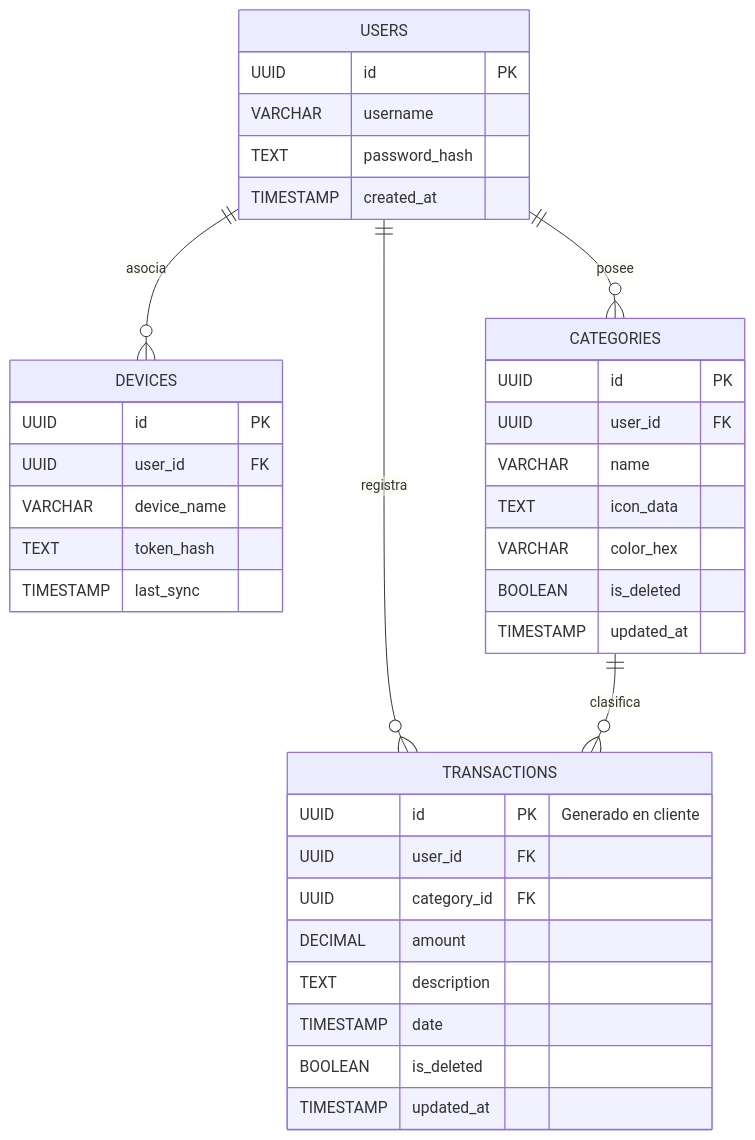
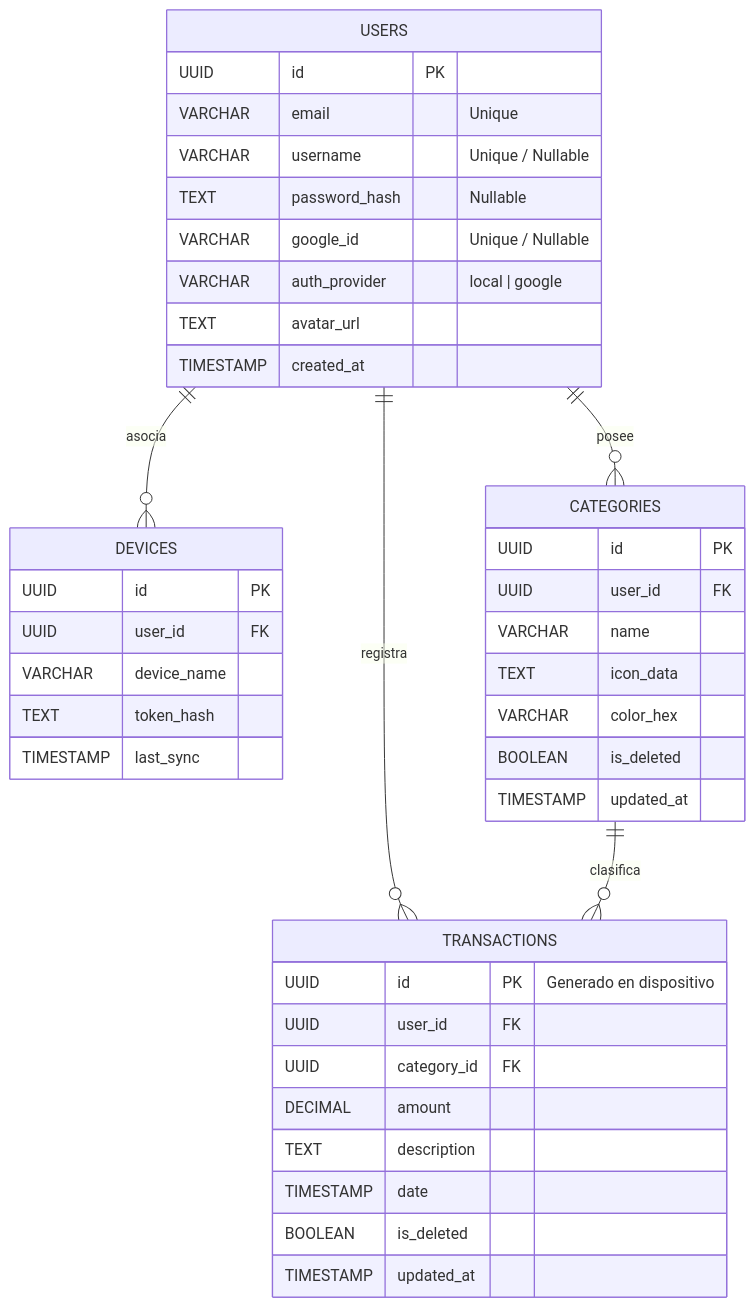
The diagram in doc/DATABASE_MODEL_ER.md (VincentAitzz/Sistema-Gestor-Financiero), drawn with Mermaid before and after one commit. The commit also changed 2 other files, not shown here.

Commit message:
docs: update database model and specs for google oauth integration
- Add Google ID and federated auth fields to the user model.

- Update Mermaid ER diagram to reflect identity persistence and sync logic.

- Define the OAuth2 handshake flow in technical specifications.

````diff
--- a/doc/DATABASE_MODEL_ER.md
+++ b/doc/DATABASE_MODEL_ER.md
@@ -17,40 +17,44 @@
 ```mermaid
 erDiagram
     USERS {
         UUID id PK
-        VARCHAR username
-        TEXT password_hash
+        VARCHAR email "Unique"
+        VARCHAR username "Unique / Nullable"
+        TEXT password_hash "Nullable"
+        VARCHAR google_id "Unique / Nullable"
+        VARCHAR auth_provider "local | google"
+        TEXT avatar_url
         TIMESTAMP created_at
     }
     DEVICES {
         UUID id PK
         UUID user_id FK
         VARCHAR device_name
         TEXT token_hash
         TIMESTAMP last_sync
     }
     CATEGORIES {
         UUID id PK
         UUID user_id FK
         VARCHAR name
         TEXT icon_data
         VARCHAR color_hex
         BOOLEAN is_deleted
         TIMESTAMP updated_at
     }
     TRANSACTIONS {
-        UUID id PK "Generado en cliente"
+        UUID id PK "Generado en dispositivo"
         UUID user_id FK
         UUID category_id FK
         DECIMAL amount
         TEXT description
         TIMESTAMP date
         BOOLEAN is_deleted
         TIMESTAMP updated_at
     }
 
     USERS ||--o{ DEVICES : "asocia"
     USERS ||--o{ CATEGORIES : "posee"
     USERS ||--o{ TRANSACTIONS : "registra"
     CATEGORIES ||--o{ TRANSACTIONS : "clasifica"
 ```
````
